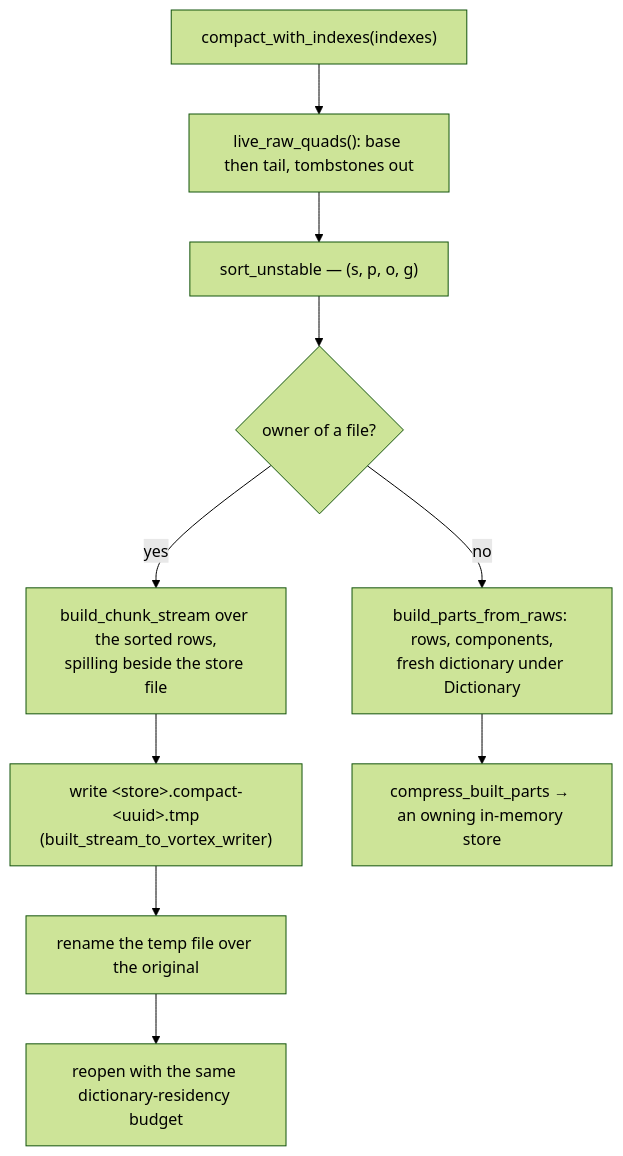
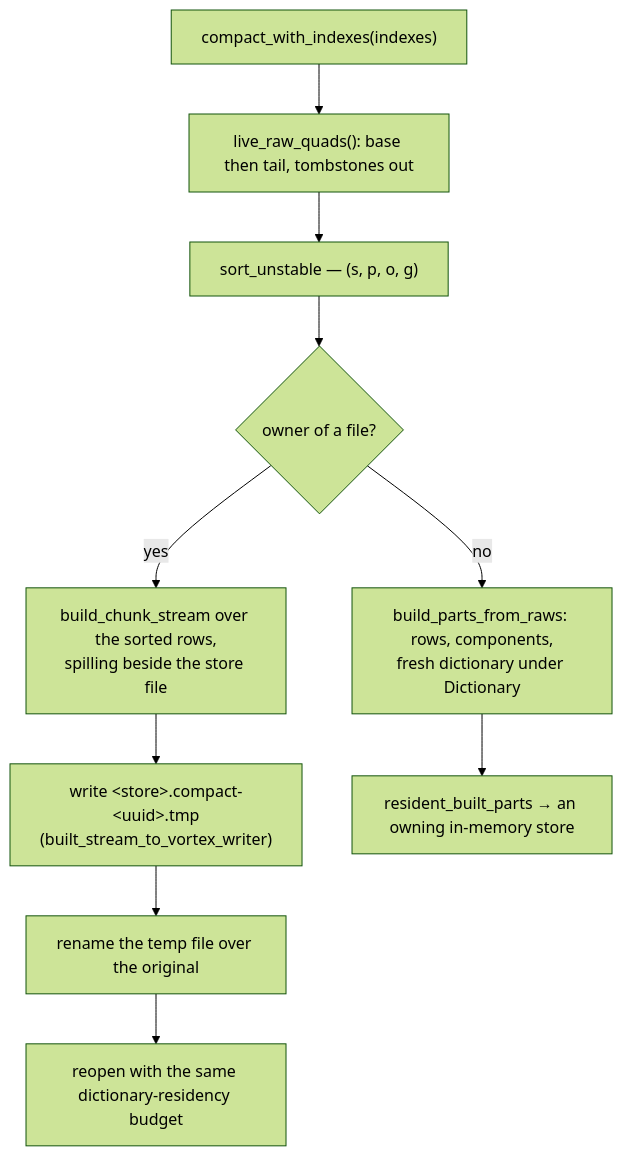
Before and after one commit to vortex-rdf/vortex-rdf: the fourth of 4 diagrams in docs/mutations.md, drawn with Mermaid (forest theme). The commit also changed other lines of this file and 7 other files, not shown here.

First line of the commit message:
docs: the resident forms and every cache the store keeps

````diff
--- a/docs/mutations.md
+++ b/docs/mutations.md
@@ -199,12 +199,12 @@
 ```mermaid
 flowchart TD
     C["compact_with_indexes(indexes)"] --> L["live_raw_quads(): base then tail, tombstones out"]
     L --> S["sort_unstable — (s, p, o, g)"]
     S --> O{"owner of a file?"}
     O -- "yes" --> F1["build_chunk_stream over the sorted rows,<br/>spilling beside the store file"]
     F1 --> F2["write &lt;store&gt;.compact-&lt;uuid&gt;.tmp<br/>(built_stream_to_vortex_writer)"]
     F2 --> F3["rename the temp file over the original"]
     F3 --> F4["reopen with the same dictionary-residency budget"]
     O -- "no" --> M1["build_parts_from_raws: rows, components,<br/>fresh dictionary under Dictionary"]
-    M1 --> M2["compress_built_parts → an owning in-memory store"]
+    M1 --> M2["resident_built_parts → an owning in-memory store"]
 ```
````
